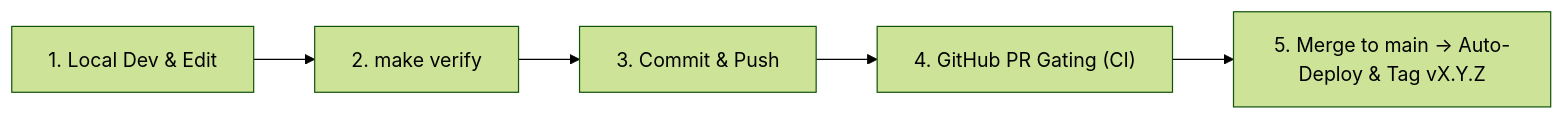
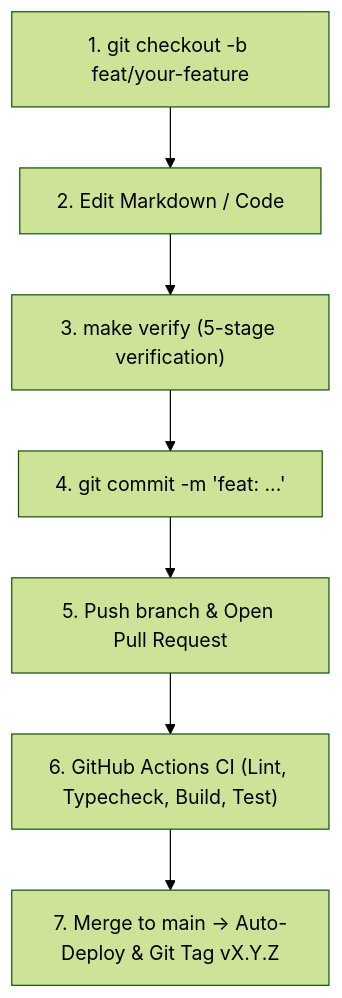
The diagram in CONTRIBUTING.md (mrxsierra/mrxsierra.github.io), drawn with Mermaid (forest theme) before and after one commit. The commit also changed other lines of this file and 5 other files, not shown here.

````diff
--- a/CONTRIBUTING.md
+++ b/CONTRIBUTING.md
@@ -133,7 +88,9 @@
 ```mermaid
-graph LR
-    Dev["1. Local Dev & Edit"] --> Verify["2. make verify"]
-    Verify --> Commit["3. Commit & Push"]
-    Commit --> PR["4. GitHub PR Gating (CI)"]
-    PR --> Deploy["5. Merge to main → Auto-Deploy & Tag vX.Y.Z"]
+graph TD
+    Branch["1. git checkout -b feat/your-feature"] --> Edit["2. Edit Markdown / Code"]
+    Edit --> Verify["3. make verify (5-stage verification)"]
+    Verify --> Commit["4. git commit -m 'feat: ...'"]
+    Commit --> Push["5. Push branch & Open Pull Request"]
+    Push --> CI["6. GitHub Actions CI (Lint, Typecheck, Build, Test)"]
+    CI --> Merge["7. Merge to main → Auto-Deploy & Git Tag vX.Y.Z"]
 ```
````
